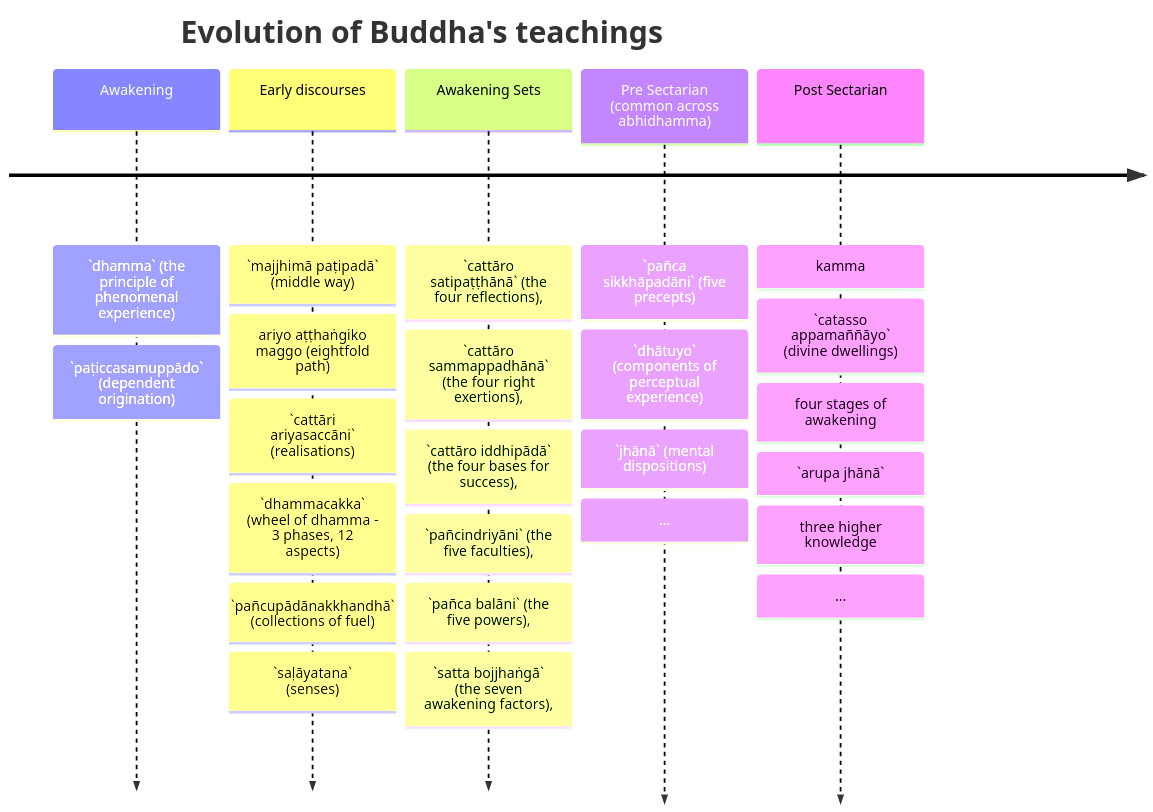
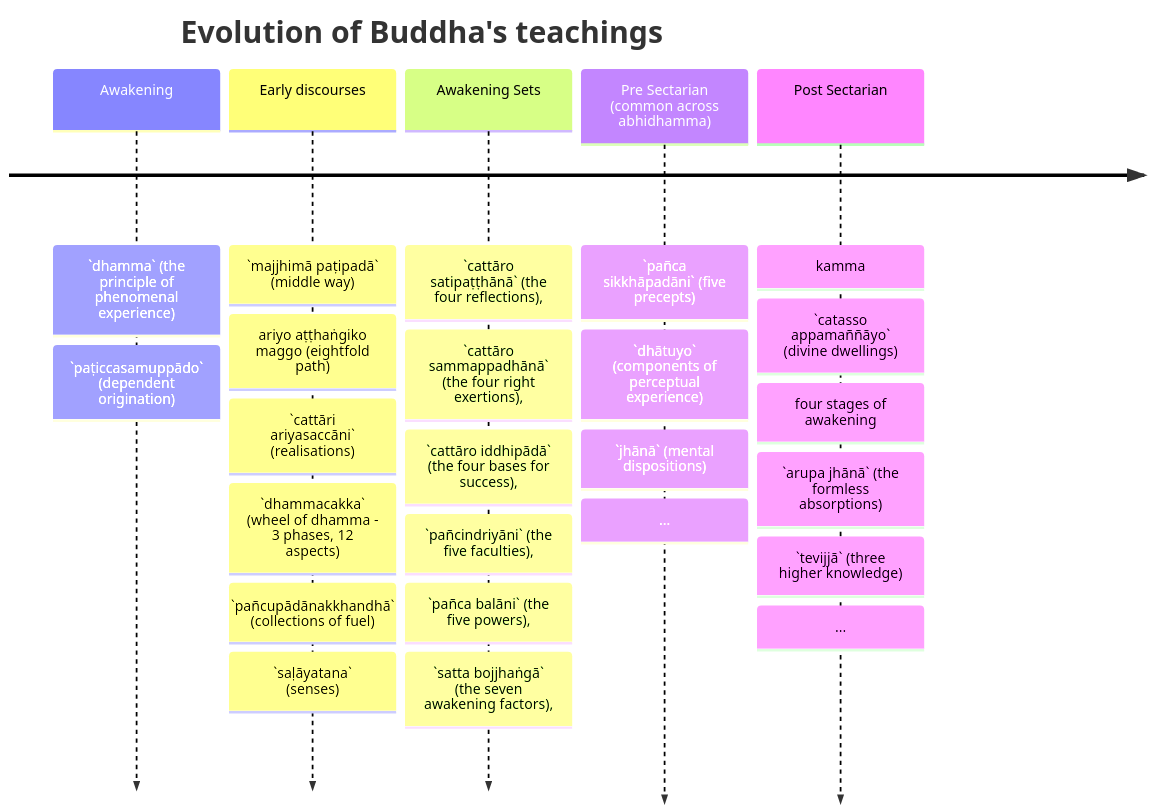
The second of 2 diagrams in src/content/docs/Articles/evolution.mdx (ChristineTham/buddhavacana), drawn with Mermaid before and after one commit. The commit also changed other lines of this file and 5 other files, not shown here.

````diff
--- a/src/content/docs/Articles/evolution.mdx
+++ b/src/content/docs/Articles/evolution.mdx
@@ -344,33 +418,33 @@
 ```mermaid
 timeline
   title Evolution of Buddha's teachings
   Awakening
     : `dhamma` (the principle of phenomenal experience)
     : `paṭiccasamuppādo` (dependent origination)
   Early discourses
     : `majjhimā paṭipadā` (middle way)
     : ariyo aṭṭhaṅgiko maggo (eightfold path)
     : `cattāri ariyasaccāni` (realisations)
     : `dhammacakka` (wheel of dhamma - 3 phases, 12 aspects)
     : `pañcupādānakkhandhā` (collections of fuel)
     : `saḷāyatana` (senses)
   Awakening Sets
     : `cattāro satipaṭṭhānā` (the four reflections),
     : `cattāro sammappadhānā` (the four right exertions),
     : `cattāro iddhipādā` (the four bases for success),
     : `pañcindriyāni` (the five faculties),
     : `pañca balāni` (the five powers),
     : `satta bojjhaṅgā` (the seven awakening factors),
   Pre Sectarian (common across abhidhamma)
     : `pañca sikkhāpadāni` (five precepts)
     : `dhātuyo` (components of perceptual experience)
     : `jhānā` (mental dispositions)
     : ...
   Post Sectarian
     : kamma
     : `catasso appamaññāyo` (divine dwellings)
     : four stages of awakening
-    : `arupa jhānā`
-    : three higher knowledge
+    : `arupa jhānā` (the formless absorptions)
+    : `tevijjā` (three higher knowledge)
     : ...
 ```
````
